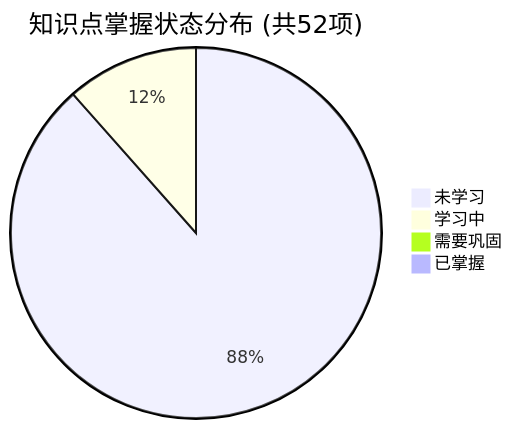
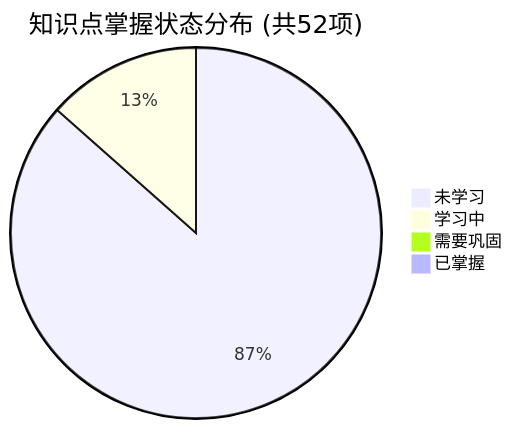
One commit to tieke1121/tech-interview-knowledge-base changed the first of 2 diagrams in PROGRESS.md. Above: the diagram before and after it, drawn with Mermaid. The commit also changed other lines of this file and 1 other file, not shown here.

Commit message:
feat(day08): add hdfs architecture, qjm ha, erasure coding & metadata governance

````diff
--- a/PROGRESS.md
+++ b/PROGRESS.md
@@ -23,7 +23,7 @@
 ```mermaid
 pie title 知识点掌握状态分布 (共52项)
-    "未学习" : 46
-    "学习中" : 6
+    "未学习" : 45
+    "学习中" : 7
     "需要巩固" : 0
     "已掌握" : 0
 ```
````
